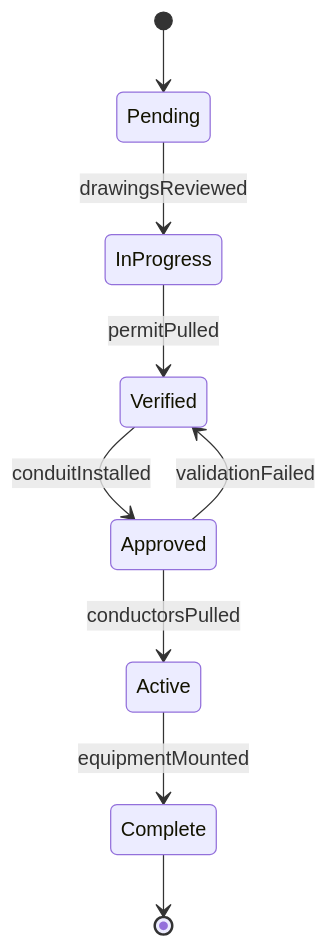
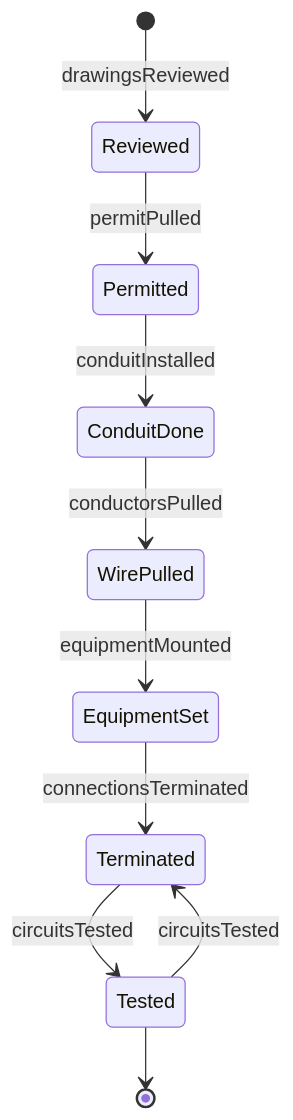
The second of 4 diagrams in HandlingAndMovingObjects/InstallCommercialOrProductionEquipment/InstallElectricalComponentsEquipmentSystems.mdx (dot-org-ai/tasks.org.ai), drawn with Mermaid before and after one commit. The commit also changed other lines of this file and 515 other files, not shown here.

````diff
--- a/HandlingAndMovingObjects/InstallCommercialOrProductionEquipment/InstallElectricalComponentsEquipmentSystems.mdx
+++ b/HandlingAndMovingObjects/InstallCommercialOrProductionEquipment/InstallElectricalComponentsEquipmentSystems.mdx
@@ -101,11 +102,12 @@
 ```mermaid
 stateDiagram-v2
-    [*] --> Pending
-    Pending --> InProgress : drawingsReviewed
-    InProgress --> Verified : permitPulled
-    Verified --> Approved : conduitInstalled
-    Approved --> Active : conductorsPulled
-    Active --> Complete : equipmentMounted
-    Approved --> Verified : validationFailed
-    Complete --> [*]
+    [*] --> Reviewed : drawingsReviewed
+    Reviewed --> Permitted : permitPulled
+    Permitted --> ConduitDone : conduitInstalled
+    ConduitDone --> WirePulled : conductorsPulled
+    WirePulled --> EquipmentSet : equipmentMounted
+    EquipmentSet --> Terminated : connectionsTerminated
+    Terminated --> Tested : circuitsTested
+    Tested --> Terminated : circuitsTested
+    Tested --> [*]
 ```
````
